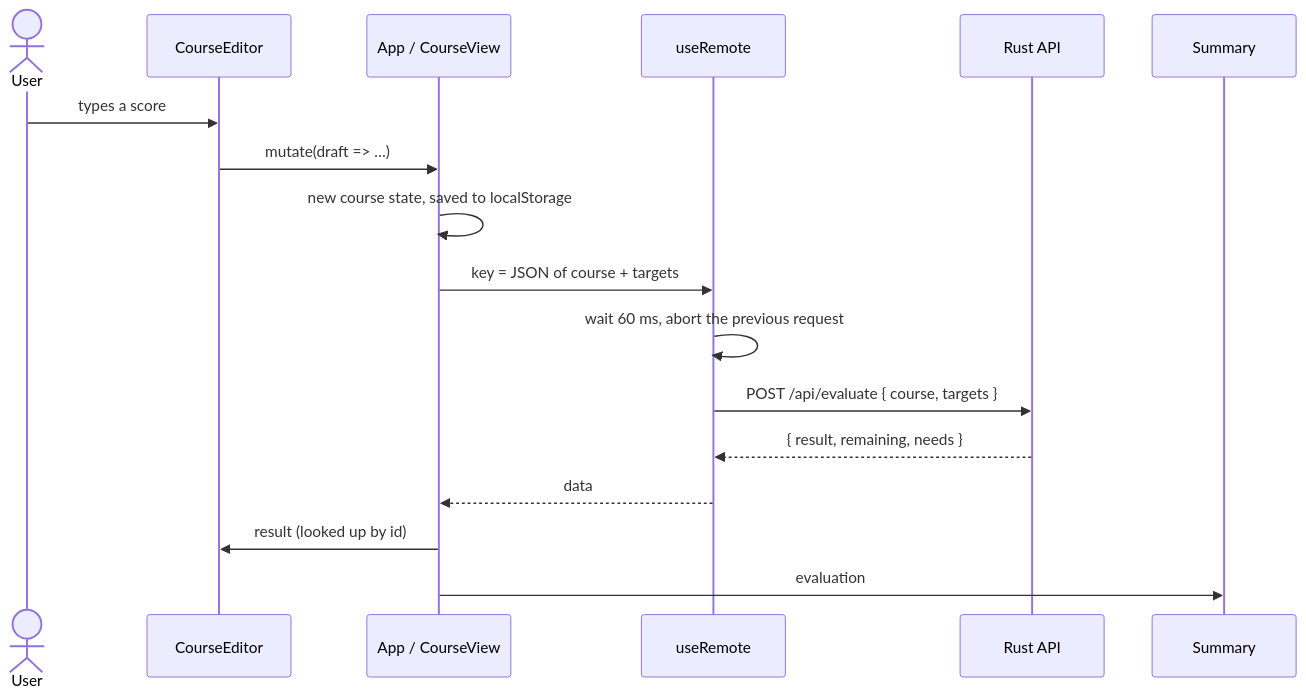
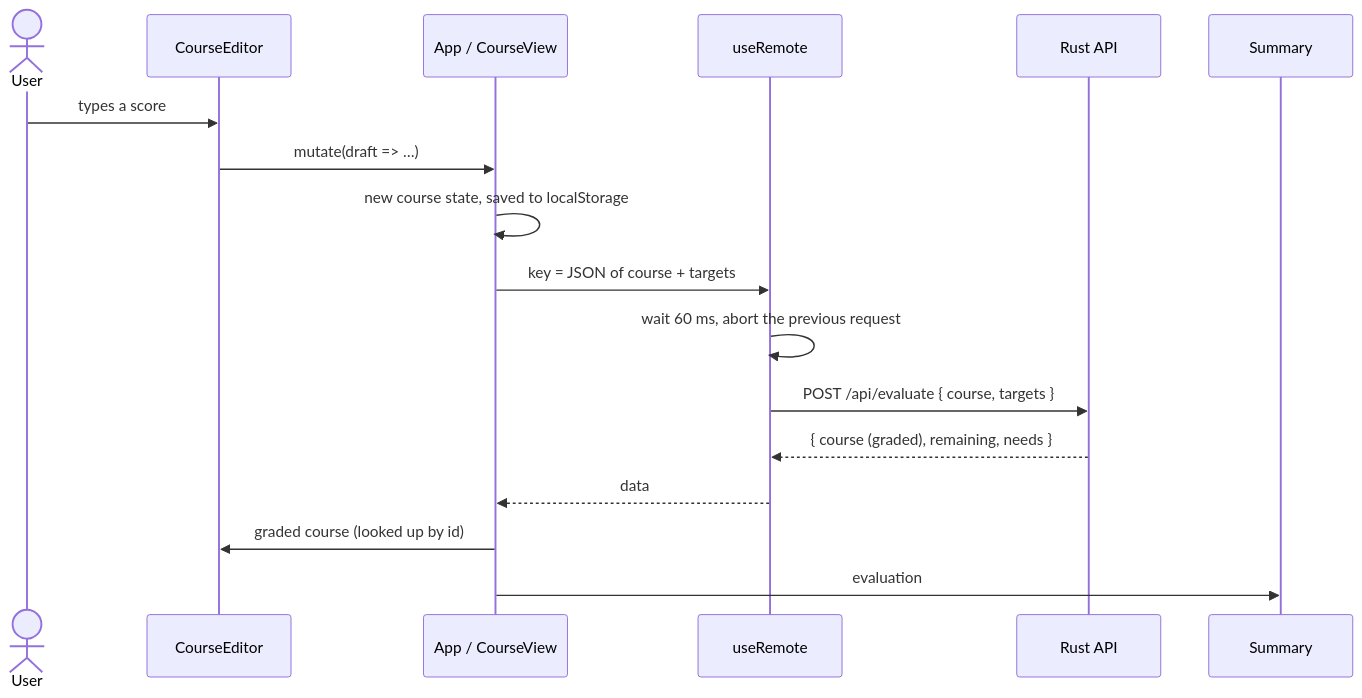
Before and after one commit to Patman1O1/grade-calculator: the seventh of 8 diagrams in docs/uml.md, drawn with Mermaid. The commit also changed other lines of this file and 11 other files, not shown here.

First line of the commit message:
Merge result types into Course, Category and Item

````diff
--- a/docs/uml.md
+++ b/docs/uml.md
@@ -317,18 +305,18 @@
 ```mermaid
 sequenceDiagram
   actor User
   participant Editor as CourseEditor
   participant App as App / CourseView
   participant Hook as useRemote
   participant Server as Rust API
   User->>Editor: types a score
   Editor->>App: mutate(draft => …)
   App->>App: new course state, saved to localStorage
   App->>Hook: key = JSON of course + targets
   Hook->>Hook: wait 60 ms, abort the previous request
   Hook->>Server: POST /api/evaluate { course, targets }
-  Server-->>Hook: { result, remaining, needs }
+  Server-->>Hook: { course (graded), remaining, needs }
   Hook-->>App: data
-  App->>Editor: result (looked up by id)
+  App->>Editor: graded course (looked up by id)
   App->>Summary: evaluation
 ```
````
